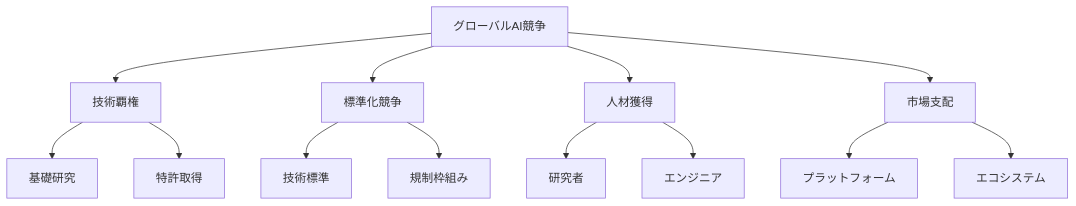
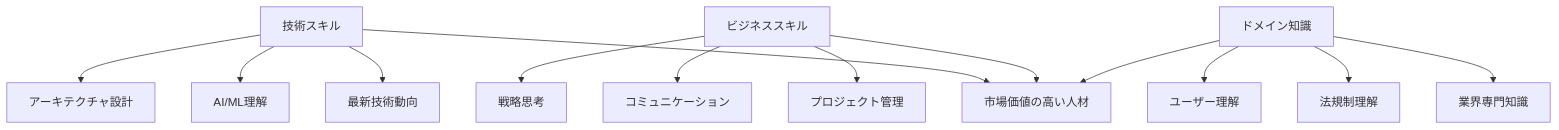
The sixth of 6 diagrams in docs/public/ai-future/ai-robot-future-prediction.md (office8-inc/knowledge-management), drawn with Mermaid before and after one commit. The commit also changed other lines of this file, not shown here.

````diff
--- a/docs/public/ai-future/ai-robot-future-prediction.md
+++ b/docs/public/ai-future/ai-robot-future-prediction.md
@@ -267,19 +228,18 @@
 ```mermaid
 graph TD
-    A[グローバルAI競争] --> B[技術覇権]
-    A --> C[標準化競争]
-    A --> D[人材獲得]
-    A --> E[市場支配]
+    A[技術スキル] --> D[市場価値の高い人材]
+    B[ビジネススキル] --> D
+    C[ドメイン知識] --> D
     
-    B --> B1[基礎研究]
-    B --> B2[特許取得]
+    A --> A1[最新技術動向]
+    A --> A2[AI/ML理解]
+    A --> A3[アーキテクチャ設計]
     
-    C --> C1[技術標準]
-    C --> C2[規制枠組み]
+    B --> B1[プロジェクト管理]
+    B --> B2[コミュニケーション]
+    B --> B3[戦略思考]
     
-    D --> D1[研究者]
-    D --> D2[エンジニア]
-    
-    E --> E1[プラットフォーム]
-    E --> E2[エコシステム]
+    C --> C1[業界専門知識]
+    C --> C2[法規制理解]
+    C --> C3[ユーザー理解]
 ```
````
